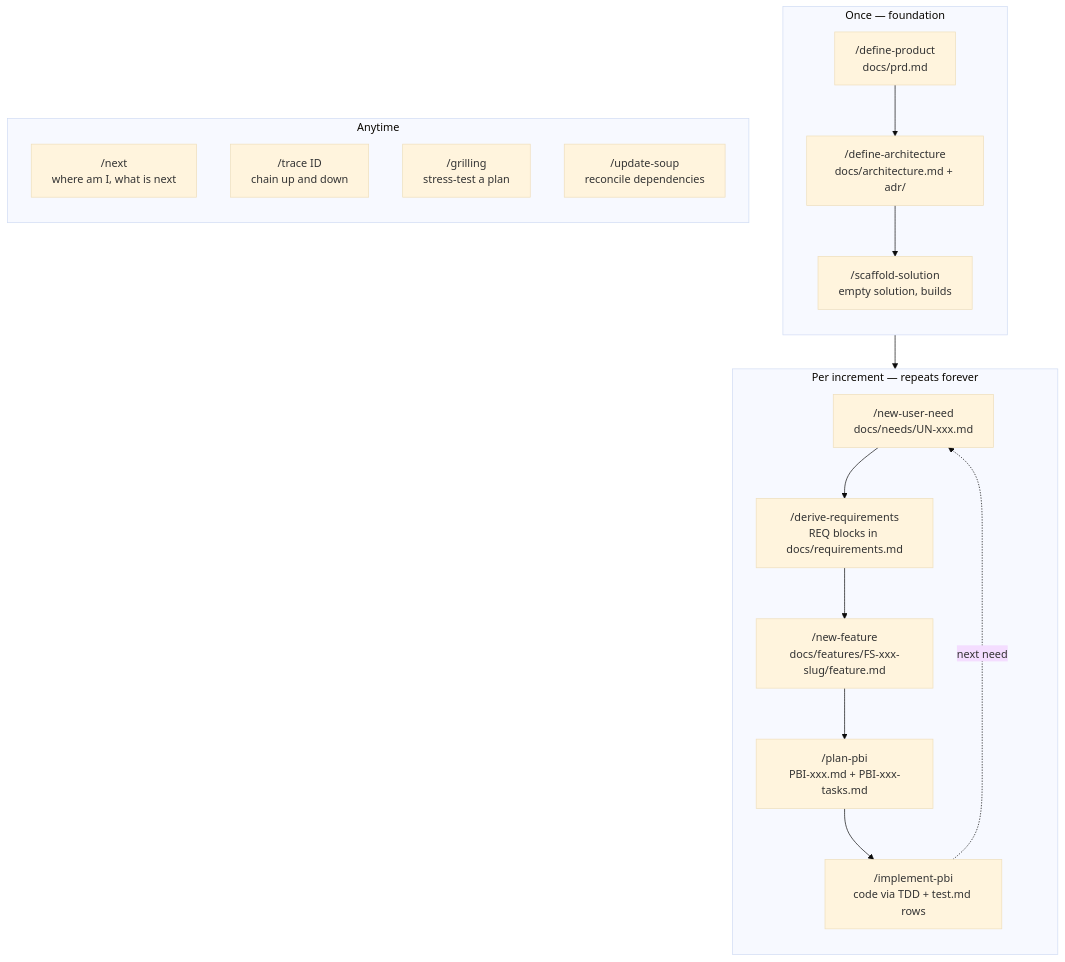
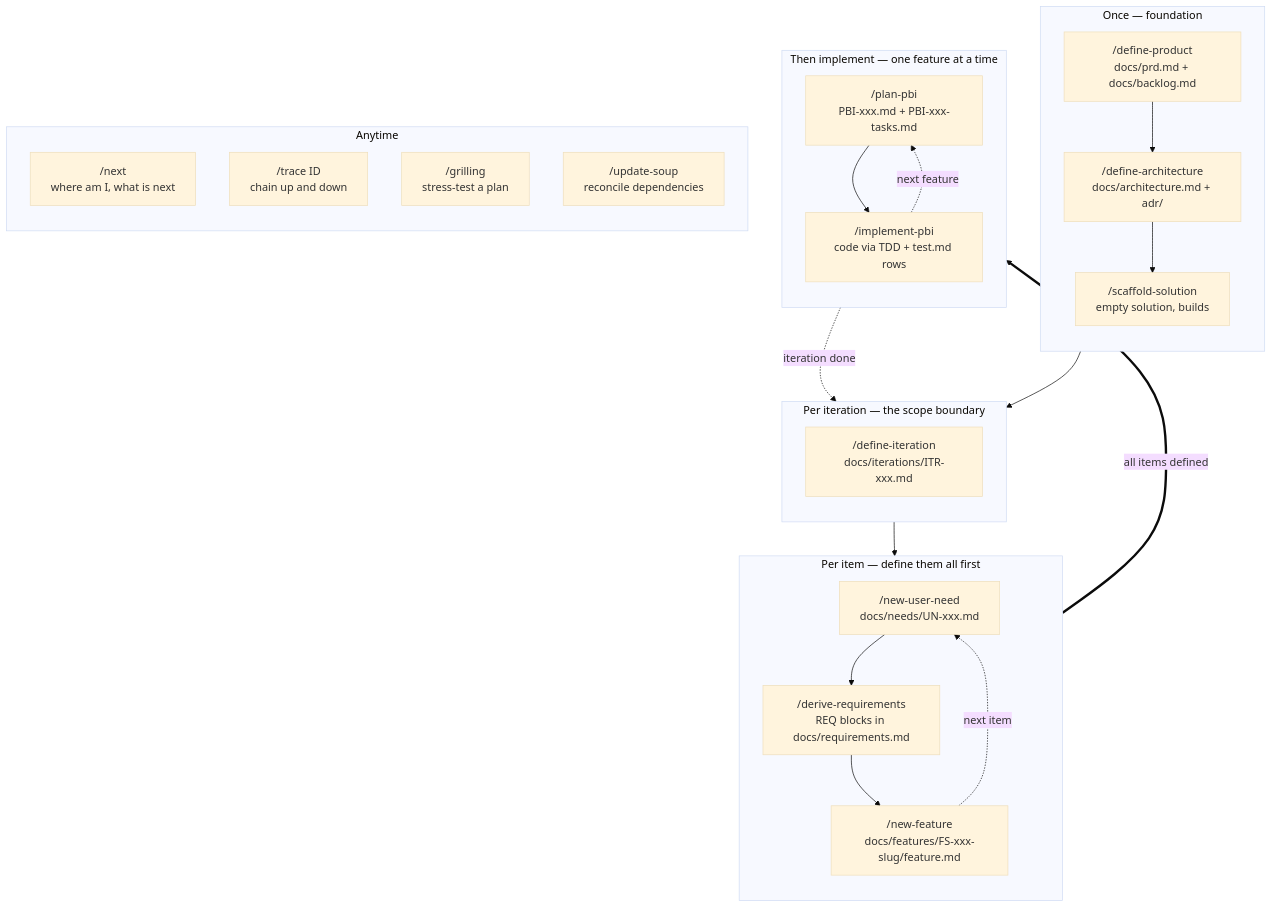
Before and after one commit to andlil2023/FOW: the first of 2 diagrams in README.md, drawn with Mermaid (base theme). The commit also changed other lines of this file and 1 other file, not shown here.

Commit message:
docs: document the iteration stage in README and AGENTS

````diff
--- a/README.md
+++ b/README.md
@@ -9,31 +11,45 @@
 ```mermaid
 flowchart TD
     subgraph once["Once — foundation"]
         direction TB
-        P["/define-product<br/>docs/prd.md"]
+        P["/define-product<br/>docs/prd.md + docs/backlog.md"]
         A["/define-architecture<br/>docs/architecture.md + adr/"]
         S["/scaffold-solution<br/>empty solution, builds"]
         P --> A --> S
     end
 
-    subgraph inc["Per increment — repeats forever"]
+    subgraph iter["Per iteration — the scope boundary"]
+        direction TB
+        IT["/define-iteration<br/>docs/iterations/ITR-xxx.md"]
+    end
+
+    subgraph def["Per item — define them all first"]
         direction TB
         U["/new-user-need<br/>docs/needs/UN-xxx.md"]
         R["/derive-requirements<br/>REQ blocks in docs/requirements.md"]
         F["/new-feature<br/>docs/features/FS-xxx-slug/feature.md"]
+        U --> R --> F
+    end
+
+    subgraph imp["Then implement — one feature at a time"]
+        direction TB
         B["/plan-pbi<br/>PBI-xxx.md + PBI-xxx-tasks.md"]
         I["/implement-pbi<br/>code via TDD + test.md rows"]
-        U --> R --> F --> B --> I
+        B --> I
     end
 
     subgraph any["Anytime"]
         direction TB
         N["/next<br/>where am I, what is next"]
         T["/trace ID<br/>chain up and down"]
         G["/grilling<br/>stress-test a plan"]
         UP["/update-soup<br/>reconcile dependencies"]
     end
 
-    S --> U
-    I -.->|"next need"| U
+    S --> IT
+    IT --> U
+    F -.->|"next item"| U
+    F ==>|"all items defined"| B
+    I -.->|"next feature"| B
+    I -.->|"iteration done"| IT
 ```
````
